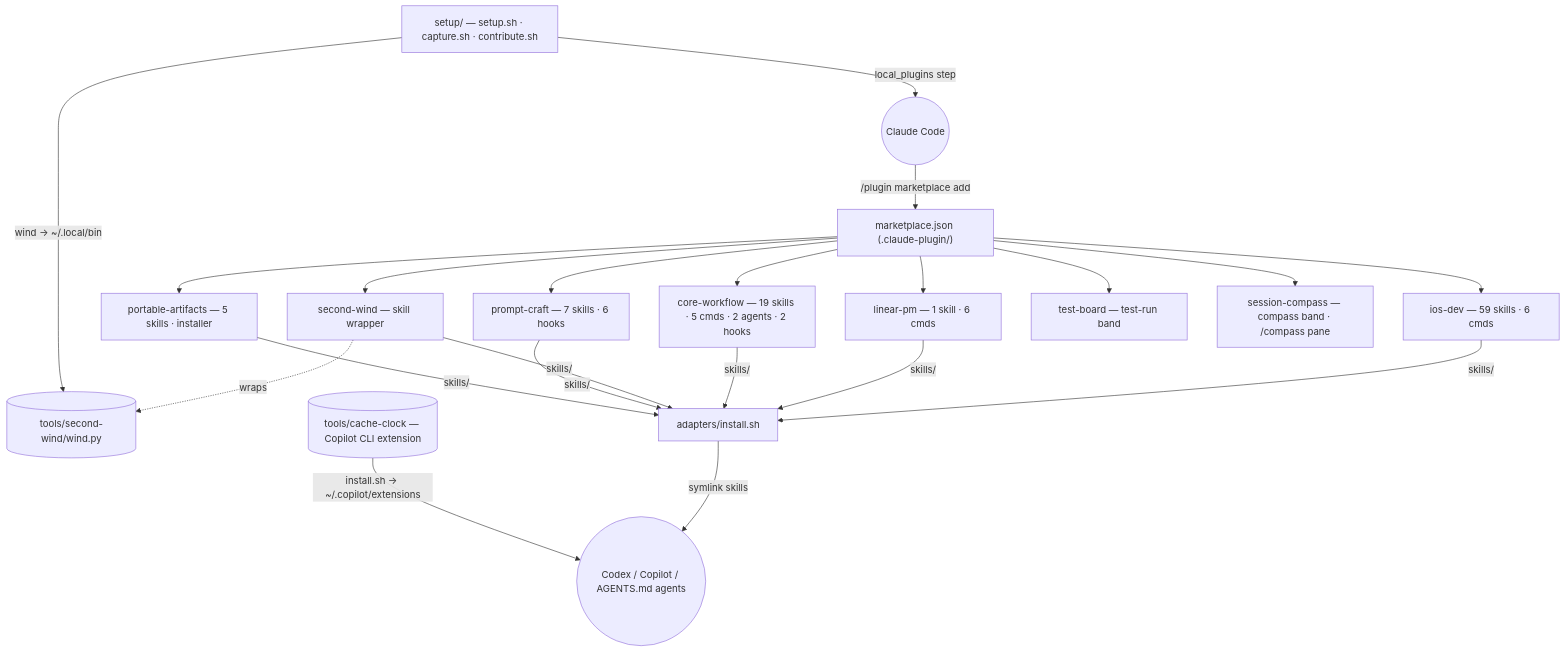
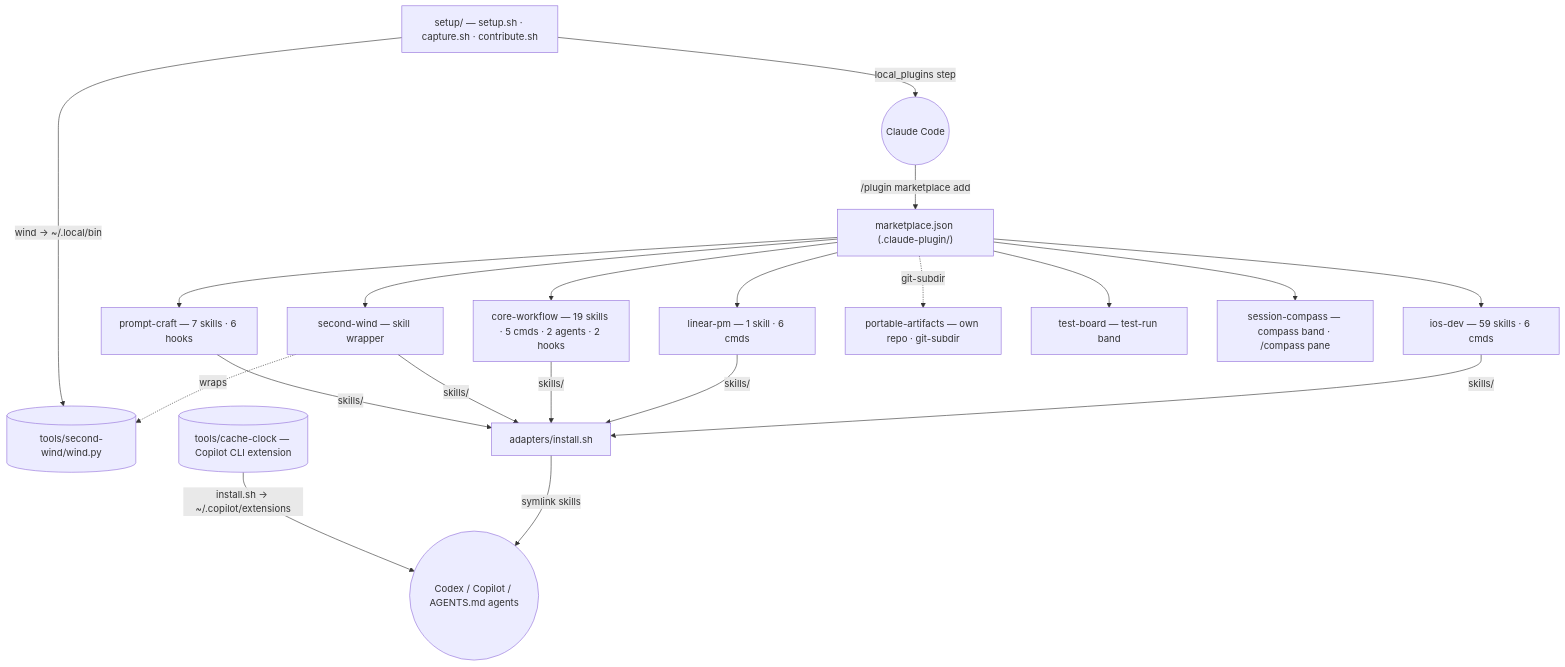
Before and after one commit to abhijitbansal/claude-skills: the diagram in docs/architecture.md, drawn with Mermaid. The commit also changed other lines of this file and 2347 other files, not shown here.

First line of the commit message:
refactor: move portable-artifacts to its own repo (#59)

````diff
--- a/docs/architecture.md
+++ b/docs/architecture.md
@@ -15,27 +15,28 @@
 ```mermaid
 flowchart TD
   MP["marketplace.json (.claude-plugin/)"]
   IOS["ios-dev — 59 skills · 6 cmds"]
   LIN["linear-pm — 1 skill · 6 cmds"]
   CW["core-workflow — 19 skills · 5 cmds · 2 agents · 2 hooks"]
   SW["second-wind — skill wrapper"]
   PC["prompt-craft — 7 skills · 6 hooks"]
-  PA["portable-artifacts — 5 skills · installer"]
+  PA["portable-artifacts — own repo · git-subdir"]
   TB["test-board — test-run band"]
   SC["session-compass — compass band · /compass pane"]
   WIND[("tools/second-wind/wind.py")]
   CCLK[("tools/cache-clock — Copilot CLI extension")]
   AD["adapters/install.sh"]
   SEED["setup/ — setup.sh · capture.sh · contribute.sh"]
   CC(("Claude Code"))
   OTHER(("Codex / Copilot / AGENTS.md agents"))
 
-  MP --> IOS & LIN & CW & SW & PC & PA & TB & SC
+  MP --> IOS & LIN & CW & SW & PC & TB & SC
+  MP -.->|git-subdir| PA
   SW -.->|wraps| WIND
   CC -->|"/plugin marketplace add"| MP
   SEED -->|local_plugins step| CC
   SEED -->|"wind → ~/.local/bin"| WIND
   AD -->|symlink skills| OTHER
   CCLK -->|"install.sh → ~/.copilot/extensions"| OTHER
-  IOS & LIN & CW & SW & PC & PA -->|skills/| AD
+  IOS & LIN & CW & SW & PC -->|skills/| AD
 ```
````
